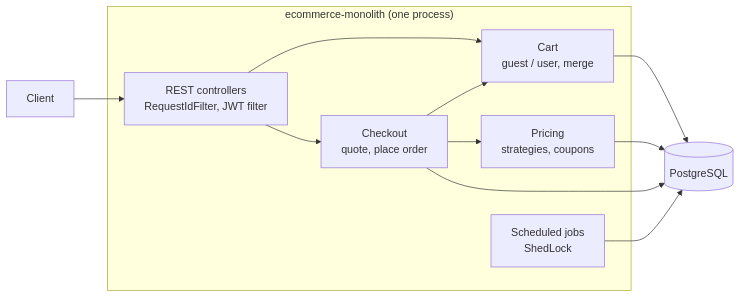
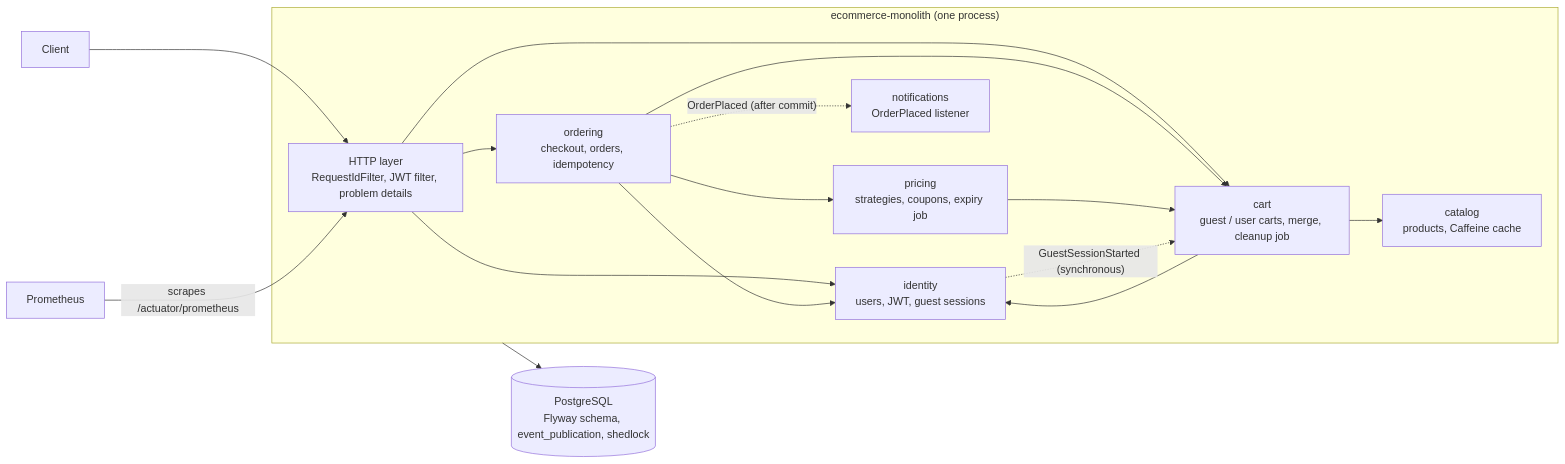
The diagram in README.md (SasiPiro/Esercizi), drawn with Mermaid before and after one commit. The commit also changed other lines of this file, not shown here.

````diff
--- a/README.md
+++ b/README.md
@@ -81,24 +139,32 @@
 ```mermaid
 graph LR
     Client["Client"]
+    PROM["Prometheus"]
 
     subgraph APP["ecommerce-monolith (one process)"]
-        WEB["REST controllers<br/>RequestIdFilter, JWT filter"]
-        CART["Cart<br/>guest / user, merge"]
-        PRICING["Pricing<br/>strategies, coupons"]
-        CHECKOUT["Checkout<br/>quote, place order"]
-        JOBS["Scheduled jobs<br/>ShedLock"]
+        WEB["HTTP layer<br/>RequestIdFilter, JWT filter, problem details"]
+        ID["identity<br/>users, JWT, guest sessions"]
+        CAT["catalog<br/>products, Caffeine cache"]
+        CART["cart<br/>guest / user carts, merge, cleanup job"]
+        PRICING["pricing<br/>strategies, coupons, expiry job"]
+        ORD["ordering<br/>checkout, orders, idempotency"]
+        NOTIF["notifications<br/>OrderPlaced listener"]
     end
 
-    DB[("PostgreSQL")]
+    DB[("PostgreSQL<br/>Flyway schema, event_publication, shedlock")]
 
     Client --> WEB
+    PROM -- "scrapes /actuator/prometheus" --> WEB
+    WEB --> ID
     WEB --> CART
-    WEB --> CHECKOUT
-    CHECKOUT --> CART
-    CHECKOUT --> PRICING
-    CART --> DB
-    PRICING --> DB
-    CHECKOUT --> DB
-    JOBS --> DB
+    WEB --> ORD
+    ORD --> CART
+    ORD --> PRICING
+    ORD --> ID
+    PRICING --> CART
+    CART --> CAT
+    CART --> ID
+    ID -. "GuestSessionStarted (synchronous)" .-> CART
+    ORD -. "OrderPlaced (after commit)" .-> NOTIF
+    APP --> DB
 ```
````
